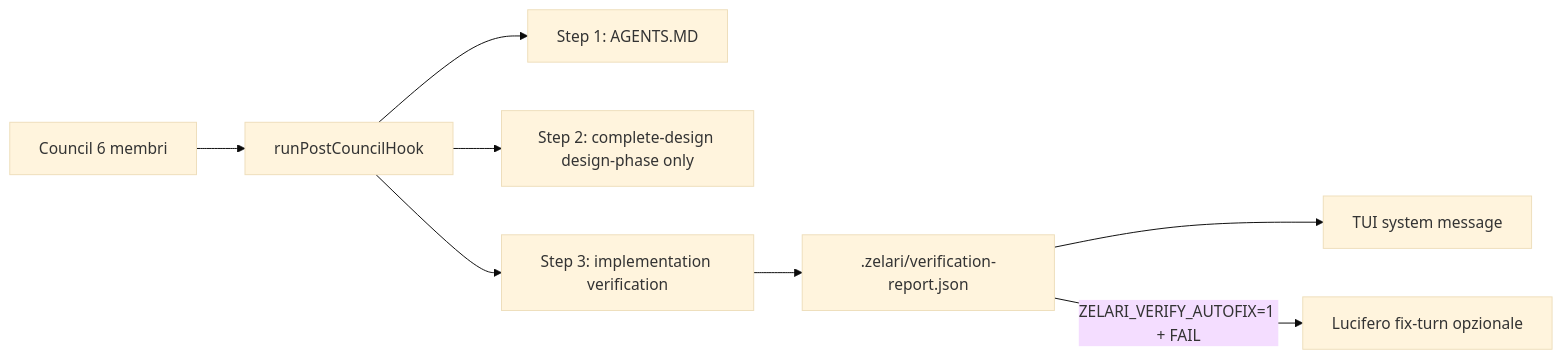
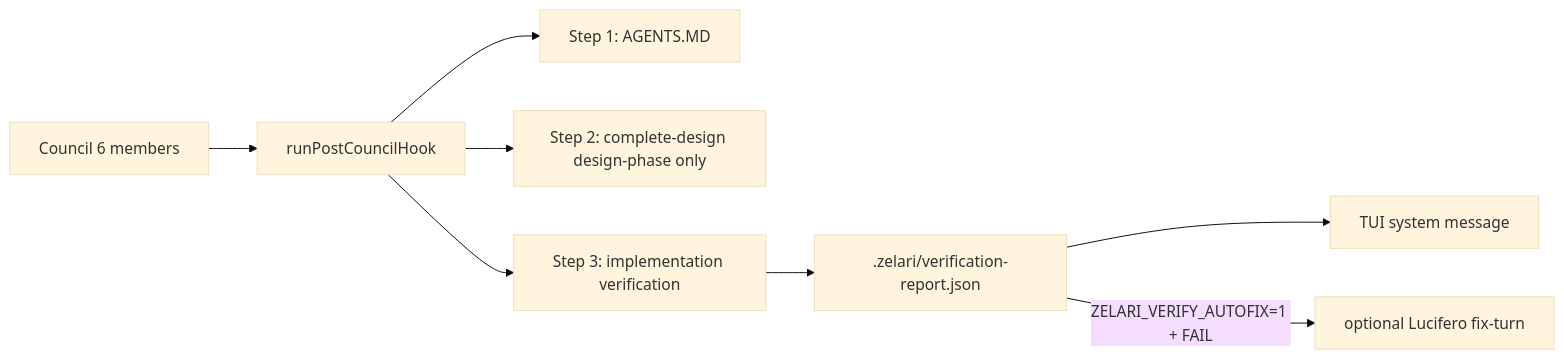
One commit to N-THEM-Studio/zelari-code changed the diagram in docs/plans/2026-07-05-council-verification-quality-gate.md. Above: the diagram before and after it, drawn with Mermaid (base theme). The commit also changed other lines of this file and 7 other files, not shown here.

````diff
--- a/docs/plans/2026-07-05-council-verification-quality-gate.md
+++ b/docs/plans/2026-07-05-council-verification-quality-gate.md
@@ -29,10 +29,10 @@
 ```mermaid
 flowchart LR
-    Council[Council 6 membri] --> Hook[runPostCouncilHook]
+    Council[Council 6 members] --> Hook[runPostCouncilHook]
     Hook --> S1[Step 1: AGENTS.MD]
     Hook --> S2[Step 2: complete-design design-phase only]
     Hook --> S3[Step 3: implementation verification]
     S3 --> Report[.zelari/verification-report.json]
     Report --> UI[TUI system message]
-    Report -->|ZELARI_VERIFY_AUTOFIX=1 + FAIL| Fix[Lucifero fix-turn opzionale]
+    Report -->|ZELARI_VERIFY_AUTOFIX=1 + FAIL| Fix[optional Lucifero fix-turn]
 ```
````
